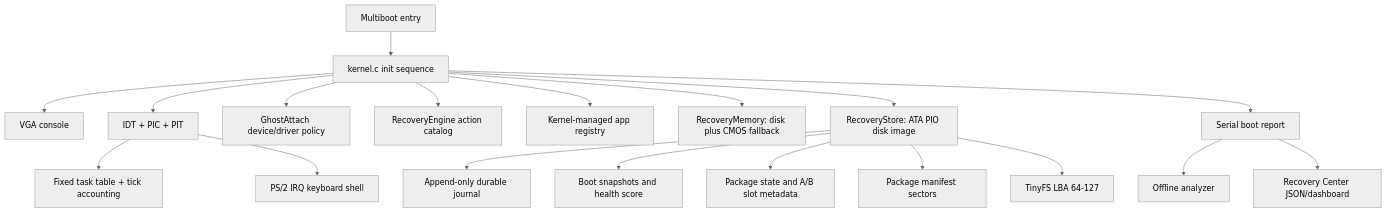
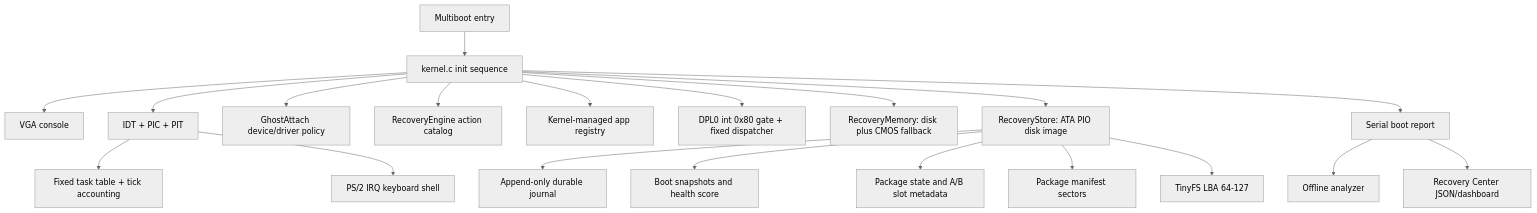
Before and after one commit to kaamikazi/kamikazeos: the diagram in docs/ARCHITECTURE.md, drawn with Mermaid (neutral theme). The commit also changed other lines of this file and 7 other files, not shown here.

````diff
--- a/docs/ARCHITECTURE.md
+++ b/docs/ARCHITECTURE.md
@@ -11,21 +11,22 @@
 ```mermaid
 flowchart TD
   Boot["Multiboot entry"] --> Kernel["kernel.c init sequence"]
   Kernel --> Console["VGA console"]
   Kernel --> Interrupts["IDT + PIC + PIT"]
   Interrupts --> Tasks["Fixed task table + tick accounting"]
   Interrupts --> Shell["PS/2 IRQ keyboard shell"]
   Kernel --> Ghost["GhostAttach device/driver policy"]
   Kernel --> Recovery["RecoveryEngine action catalog"]
   Kernel --> Apps["Kernel-managed app registry"]
+  Kernel --> Syscalls["DPL0 int 0x80 gate + fixed dispatcher"]
   Kernel --> Memory["RecoveryMemory: disk plus CMOS fallback"]
   Kernel --> Store["RecoveryStore: ATA PIO disk image"]
   Store --> Journal["Append-only durable journal"]
   Store --> Health["Boot snapshots and health score"]
   Store --> PkgState["Package state and A/B slot metadata"]
   Store --> Manifests["Package manifest sectors"]
   Store --> TinyFS["TinyFS LBA 64-127"]
   Kernel --> Report["Serial boot report"]
   Report --> Analyzer["Offline analyzer"]
   Report --> Dashboard["Recovery Center JSON/dashboard"]
 ```
````
